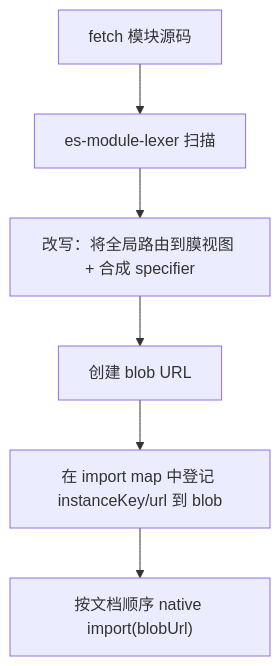
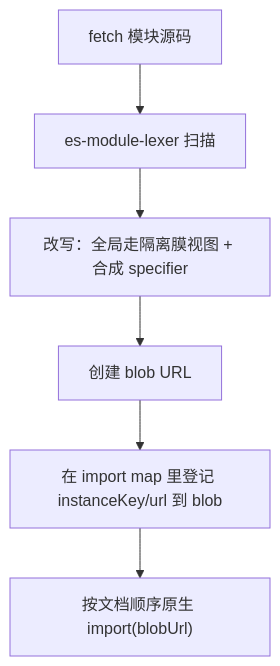
The diagram in docs/zh-CN/concepts/esm-sandbox.md (umijs/qiankun), drawn with Mermaid before and after one commit. The commit also changed other lines of this file and 63 other files, not shown here.

````diff
--- a/docs/zh-CN/concepts/esm-sandbox.md
+++ b/docs/zh-CN/concepts/esm-sandbox.md
@@ -36,8 +36,8 @@
 ```mermaid
 flowchart TD
   A[fetch 模块源码] --> B[es-module-lexer 扫描]
-  B --> C[改写：将全局路由到膜视图 + 合成 specifier]
+  B --> C[改写：全局走隔离膜视图 + 合成 specifier]
   C --> D[创建 blob URL]
-  D --> E[在 import map 中登记 instanceKey/url 到 blob]
-  E --> F["按文档顺序 native import(blobUrl)"]
+  D --> E[在 import map 里登记 instanceKey/url 到 blob]
+  E --> F["按文档顺序原生 import(blobUrl)"]
 ```
````
